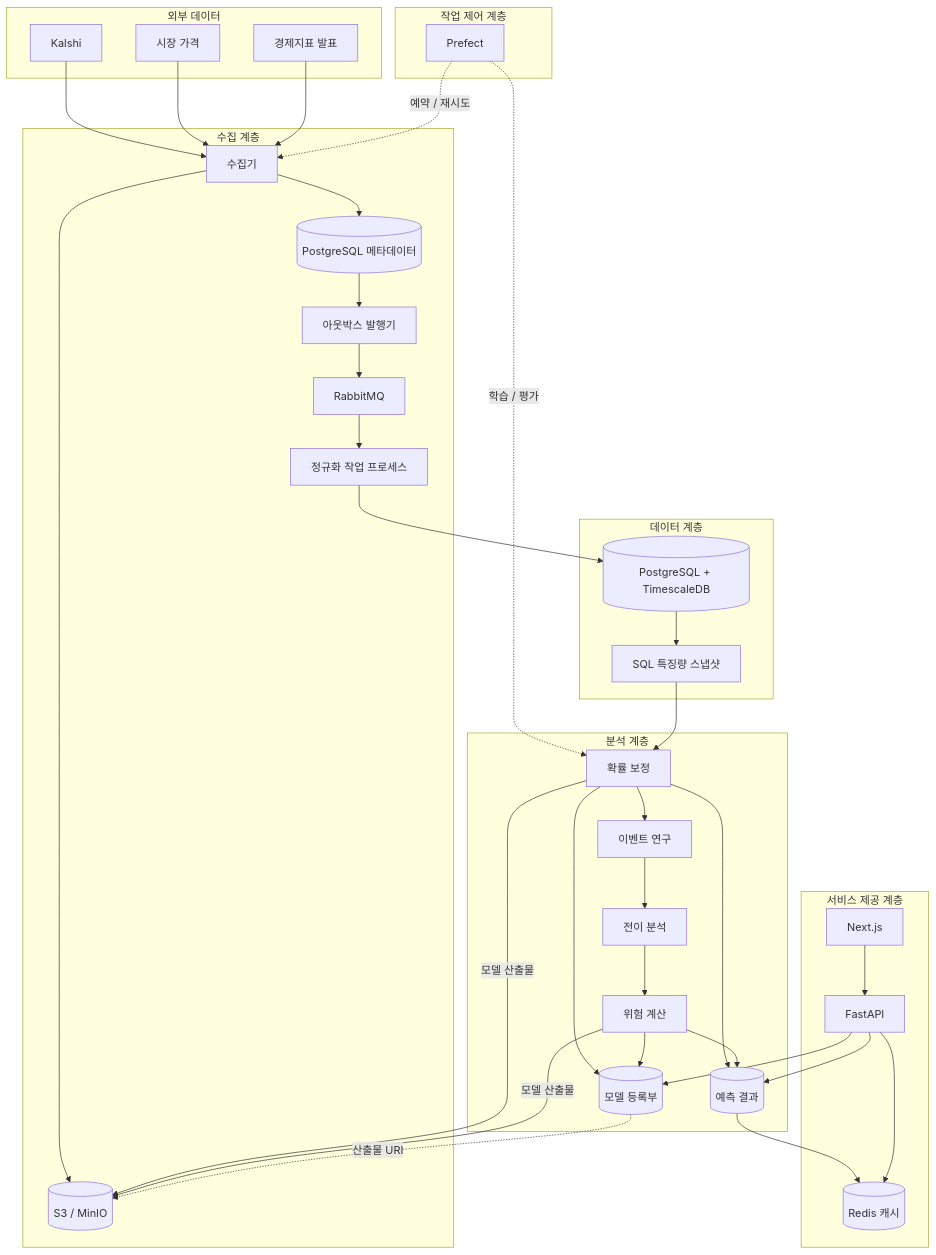
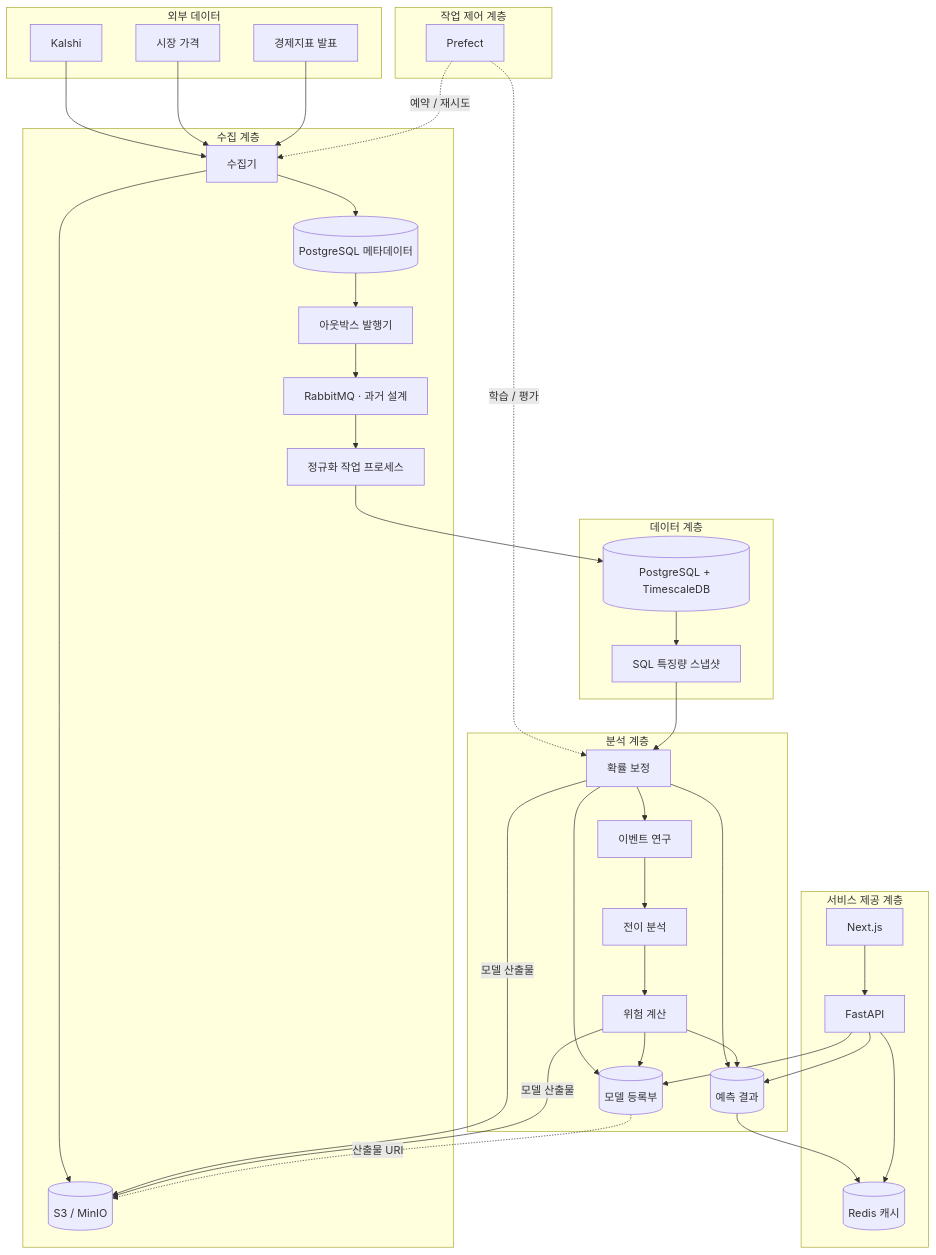
Before and after one commit to AnDev77/ShockGarph_AI: the second of 2 diagrams in docs/architecture.md, drawn with Mermaid. The commit also changed other lines of this file and 10 other files, not shown here.

````diff
--- a/docs/architecture.md
+++ b/docs/architecture.md
@@ -148,57 +148,57 @@
 ```mermaid
 flowchart TB
     subgraph SOURCE["외부 데이터"]
         K["Kalshi"]
         M["시장 가격"]
         E["경제지표 발표"]
     end
     subgraph INGEST["수집 계층"]
         C["수집기"]
         O[("S3 / MinIO")]
         P[("PostgreSQL 메타데이터")]
         X["아웃박스 발행기"]
-        Q["RabbitMQ"]
+        Q["RabbitMQ · 과거 설계"]
         W["정규화 작업 프로세스"]
     end
     subgraph DATA["데이터 계층"]
         T[("PostgreSQL + TimescaleDB")]
         F["SQL 특징량 스냅샷"]
     end
     subgraph CONTROL["작업 제어 계층"]
         PF["Prefect"]
     end
     subgraph ANALYTICS["분석 계층"]
         CAL["확률 보정"]
         ES["이벤트 연구"]
         TR["전이 분석"]
         RK["위험 계산"]
         MR[("모델 등록부")]
         PR[("예측 결과")]
     end
     subgraph SERVING["서비스 제공 계층"]
         R[("Redis 캐시")]
         A["FastAPI"]
         N["Next.js"]
     end
     K --> C
     M --> C
     E --> C
     C --> O
     C --> P --> X --> Q --> W
     W --> T --> F
     PF -. "예약 / 재시도" .-> C
     PF -. "학습 / 평가" .-> CAL
     F --> CAL --> ES --> TR --> RK
     CAL --> MR
     RK --> MR
     CAL --> PR
     RK --> PR
     CAL -->|"모델 산출물"| O
     RK -->|"모델 산출물"| O
     MR -. "산출물 URI" .-> O
     PR --> R
     N --> A
     A --> R
     A --> PR
     A --> MR
 ```
````
